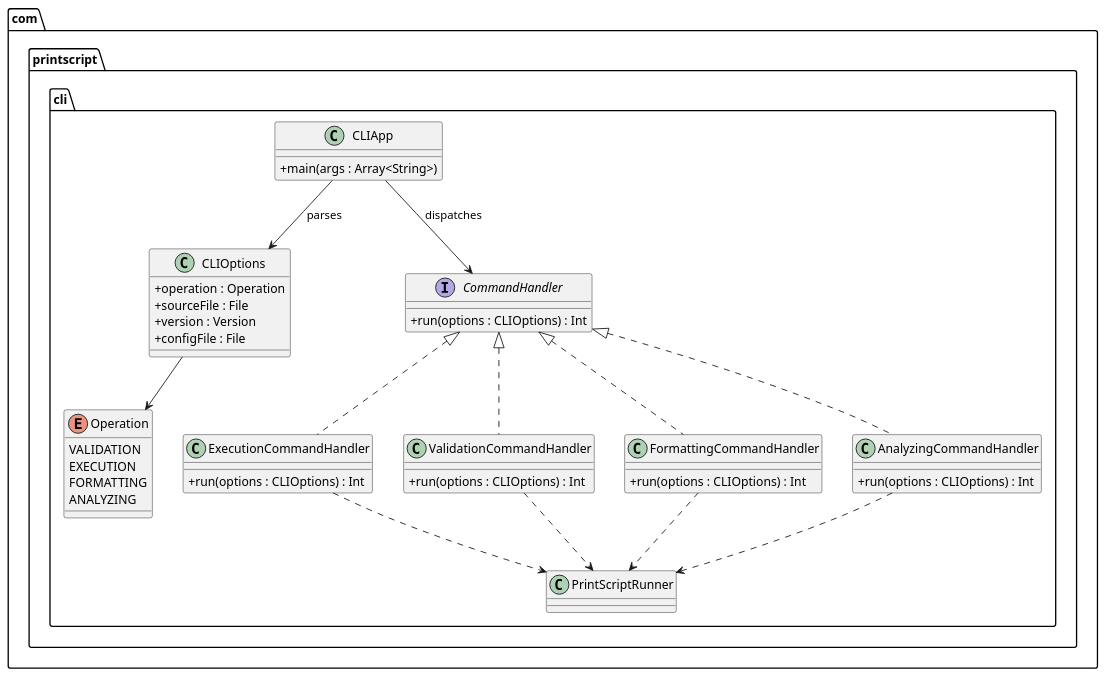
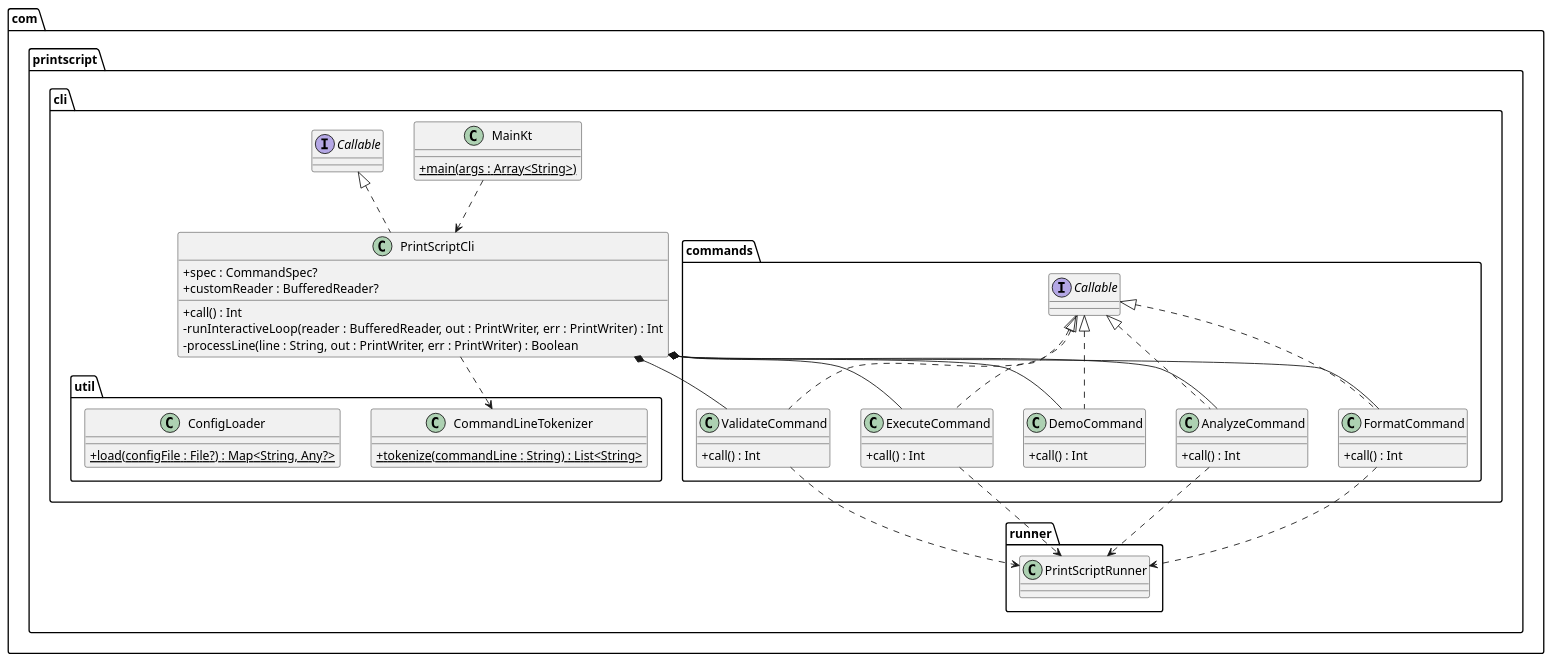
One commit to IngsisMac/printscript changed the diagram in docs/diagrams/cli.puml. Above: the diagram before and after it, drawn with PlantUML. The commit also changed 10 other files, not shown here.

Commit message:
updated diagrams

```diff
--- a/docs/diagrams/cli.puml
+++ b/docs/diagrams/cli.puml
@@ -1,59 +1,64 @@
 @startuml
 skinparam classAttributeIconSize 0
 
 package "com.printscript.cli" {
 
-    class CLIApp {
-        + main(args : Array<String>)
+    class MainKt {
+        + {static} main(args : Array<String>)
     }
 
-    enum Operation {
-        VALIDATION
-        EXECUTION
-        FORMATTING
-        ANALYZING
+    class PrintScriptCli implements Callable {
+        + spec : CommandSpec?
+        + customReader : BufferedReader?
+        + call() : Int
+        - runInteractiveLoop(reader : BufferedReader, out : PrintWriter, err : PrintWriter) : Int
+        - processLine(line : String, out : PrintWriter, err : PrintWriter) : Boolean
+    }
+}
+
+package "com.printscript.cli.commands" {
+    class ValidateCommand implements Callable {
+        + call() : Int
     }
 
-    class CLIOptions {
-        + operation : Operation
-        + sourceFile : File
-        + version : Version
-        + configFile : File
+    class ExecuteCommand implements Callable {
+        + call() : Int
     }
 
-    interface CommandHandler {
-        + run(options : CLIOptions) : Int
+    class FormatCommand implements Callable {
+        + call() : Int
     }
 
-    class ExecutionCommandHandler {
-        + run(options : CLIOptions) : Int
+    class AnalyzeCommand implements Callable {
+        + call() : Int
     }
 
-    class ValidationCommandHandler {
-        + run(options : CLIOptions) : Int
+    class DemoCommand implements Callable {
+        + call() : Int
     }
-
-    class FormattingCommandHandler {
-        + run(options : CLIOptions) : Int
-    }
-
-    class AnalyzingCommandHandler {
-        + run(options : CLIOptions) : Int
-    }
-
-    CLIApp --> CLIOptions : parses
-    CLIApp --> CommandHandler : dispatches
-    CLIOptions --> Operation
-
-    CommandHandler <|.. ExecutionCommandHandler
-    CommandHandler <|.. ValidationCommandHandler
-    CommandHandler <|.. FormattingCommandHandler
-    CommandHandler <|.. AnalyzingCommandHandler
-
-    ExecutionCommandHandler ..> PrintScriptRunner
-    ValidationCommandHandler ..> PrintScriptRunner
-    FormattingCommandHandler ..> PrintScriptRunner
-    AnalyzingCommandHandler ..> PrintScriptRunner
 }
 
+package "com.printscript.cli.util" {
+    class CommandLineTokenizer {
+        + {static} tokenize(commandLine : String) : List<String>
+    }
+    class ConfigLoader {
+        + {static} load(configFile : File?) : Map<String, Any?>
+    }
+}
+
+MainKt ..> PrintScriptCli
+PrintScriptCli *-- ValidateCommand
+PrintScriptCli *-- ExecuteCommand
+PrintScriptCli *-- FormatCommand
+PrintScriptCli *-- AnalyzeCommand
+PrintScriptCli *-- DemoCommand
+
+PrintScriptCli ..> CommandLineTokenizer
+
+ValidateCommand ..> com.printscript.runner.PrintScriptRunner
+ExecuteCommand ..> com.printscript.runner.PrintScriptRunner
+FormatCommand ..> com.printscript.runner.PrintScriptRunner
+AnalyzeCommand ..> com.printscript.runner.PrintScriptRunner
+
 @enduml
```
